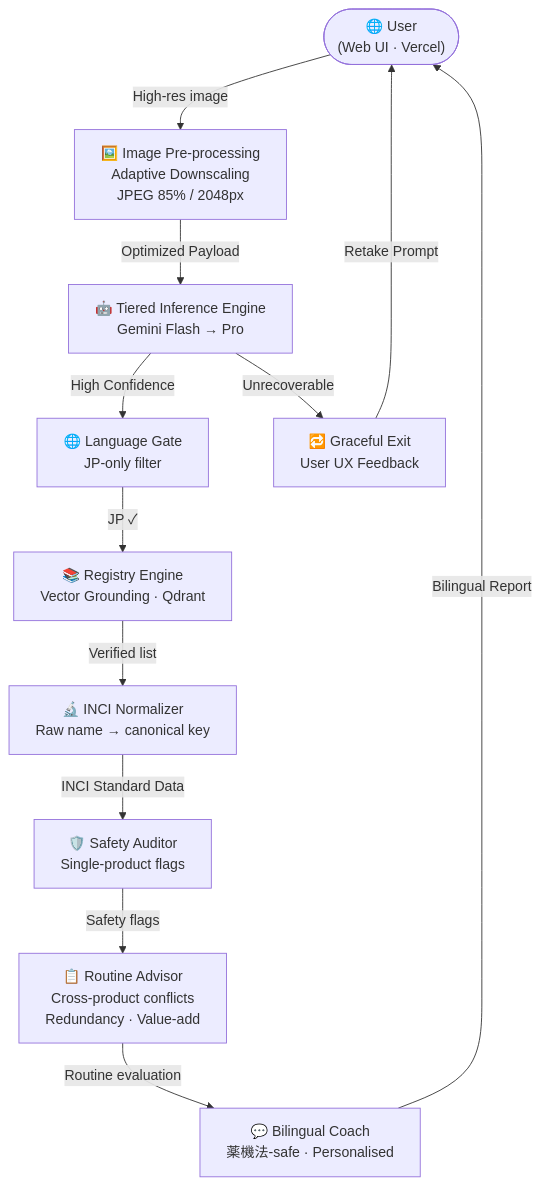
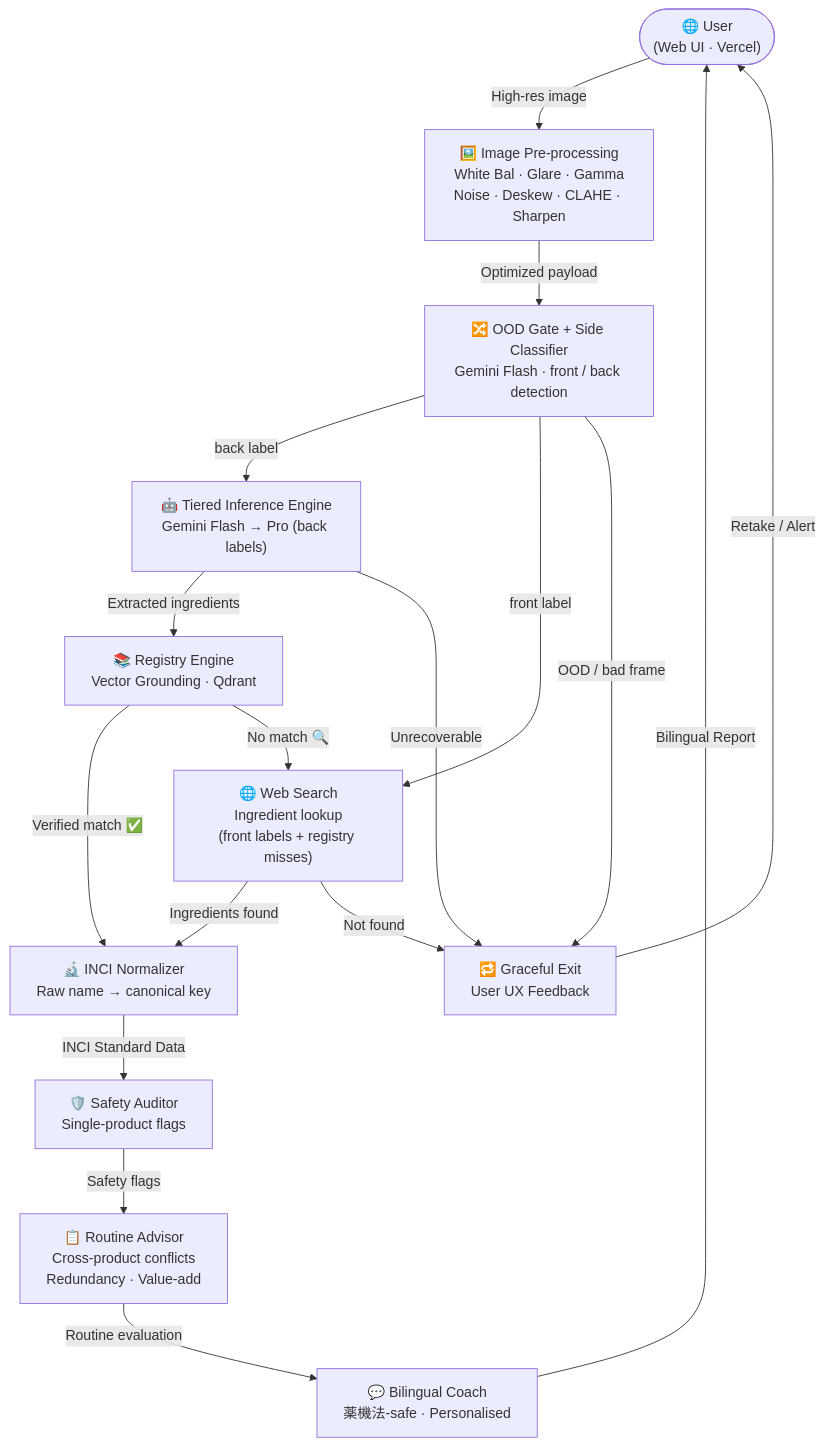
The fourth of 6 diagrams in README.md (dvallslanaquera/skingraph), drawn with Mermaid before and after one commit. The commit also changed other lines of this file and 44 other files, not shown here.

Commit message:
docs: updated Mermaid diagrams representing the new architecture

````diff
--- a/README.md
+++ b/README.md
@@ -576,25 +595,31 @@
 ```mermaid
 flowchart TB
     User(["🌐 User\n(Web UI · Vercel)"])
-    Ingest["🖼️ Image Pre-processing\nAdaptive Downscaling\nJPEG 85% / 2048px"]
-    VLM["🤖 Tiered Inference Engine\nGemini Flash → Pro"]
-    LangGate["🌐 Language Gate\nJP-only filter"]
+    Ingest["🖼️ Image Pre-processing\nWhite Bal · Glare · Gamma\nNoise · Deskew · CLAHE · Sharpen"]
+    Classify["🔀 OOD Gate + Side Classifier\nGemini Flash · front / back detection"]
+    VLM["🤖 Tiered Inference Engine\nGemini Flash → Pro (back labels)"]
     Registry["📚 Registry Engine\nVector Grounding · Qdrant"]
+    WebSearch["🌐 Web Search\nIngredient lookup\n(front labels + registry misses)"]
     Normalizer["🔬 INCI Normalizer\nRaw name → canonical key"]
     Auditor["🛡️ Safety Auditor\nSingle-product flags"]
     RoutineAdvisor["📋 Routine Advisor\nCross-product conflicts\nRedundancy · Value-add"]
     Coach["💬 Bilingual Coach\n薬機法-safe · Personalised"]
     Retake["🔁 Graceful Exit\nUser UX Feedback"]
 
     User -->|"High-res image"| Ingest
-    Ingest -->|"Optimized Payload"| VLM
-    VLM -->|"High Confidence"| LangGate
+    Ingest -->|"Optimized payload"| Classify
+    Classify -->|"back label"| VLM
+    Classify -->|"front label"| WebSearch
+    Classify -->|"OOD / bad frame"| Retake
+    VLM -->|"Extracted ingredients"| Registry
     VLM -->|"Unrecoverable"| Retake
-    LangGate -->|"JP ✓"| Registry
-    Registry -->|"Verified list"| Normalizer
+    Registry -->|"Verified match ✅"| Normalizer
+    Registry -->|"No match 🔍"| WebSearch
+    WebSearch -->|"Ingredients found"| Normalizer
+    WebSearch -->|"Not found"| Retake
     Normalizer -->|"INCI Standard Data"| Auditor
     Auditor -->|"Safety flags"| RoutineAdvisor
     RoutineAdvisor -->|"Routine evaluation"| Coach
     Coach -->|"Bilingual Report"| User
-    Retake -->|"Retake Prompt"| User
+    Retake -->|"Retake / Alert"| User
 ```
````
